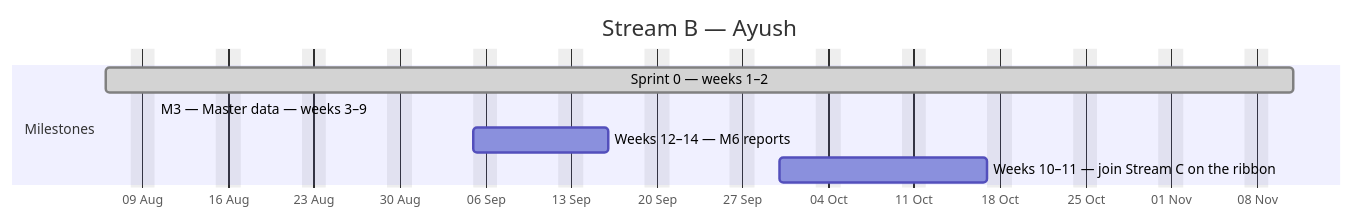
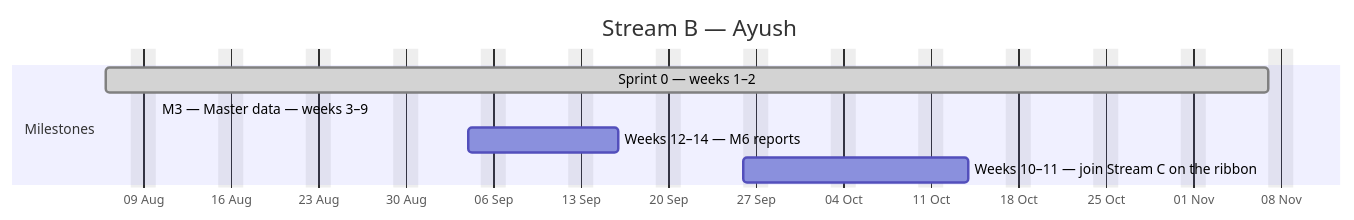
One commit to debashisedunext/EduTrack changed the second of 4 diagrams in docs/plan/GANTT.md. Above: the diagram before and after it, drawn with Mermaid. The commit also changed other lines of this file and 3 other files, not shown here.

````diff
--- a/docs/plan/GANTT.md
+++ b/docs/plan/GANTT.md
@@ -130,12 +130,12 @@
 ```mermaid
 gantt
     dateFormat YYYY-MM-DD
     axisFormat %d %b
     title Stream B — Ayush
     excludes weekends
     section Milestones
-    Sprint 0 — weeks 1–2 :done, b0, 2026-08-06, 69d
+    Sprint 0 — weeks 1–2 :done, b0, 2026-08-06, 67d
     M3 — Master data — weeks 3–9 :active, b1, 2026-08-10, -21d
-    Weeks 12–14 — M6 reports :b2, 2026-09-05, 8d
-    Weeks 10–11 — join Stream C on the ribbon :b3, 2026-09-30, 13d
+    Weeks 12–14 — M6 reports :b2, 2026-09-04, 8d
+    Weeks 10–11 — join Stream C on the ribbon :b3, 2026-09-26, 13d
 ```
````
